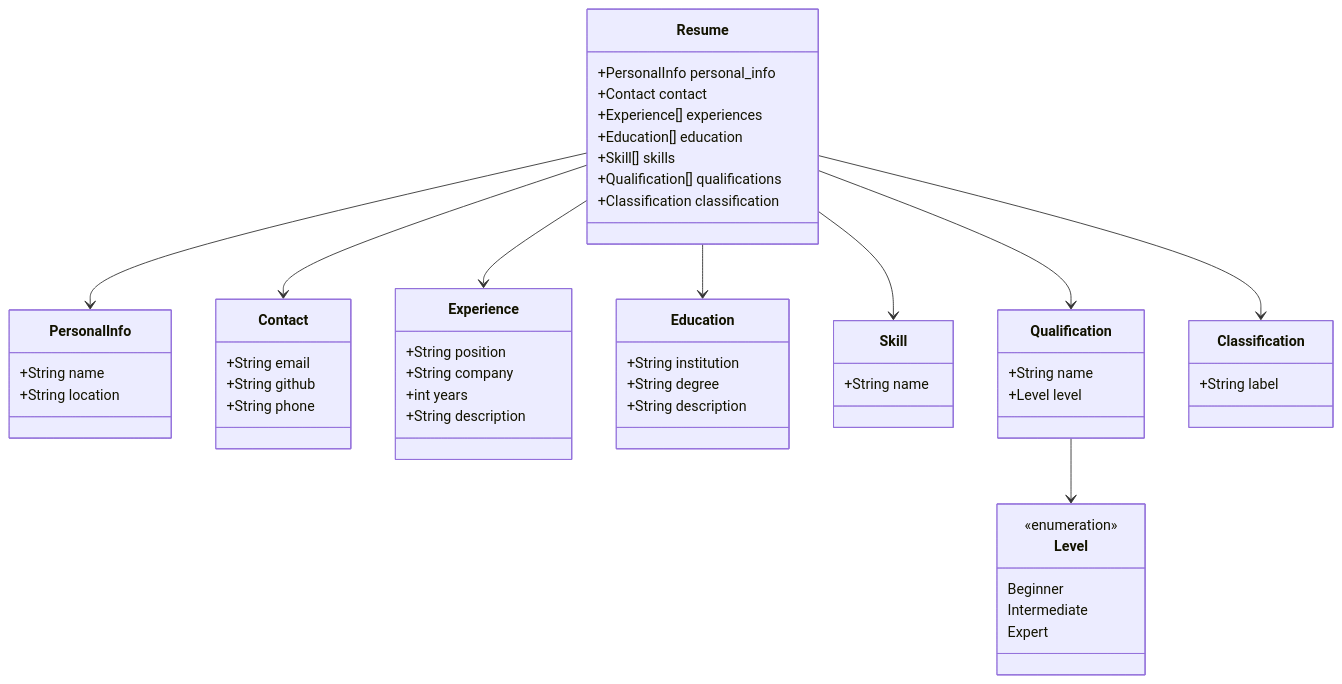
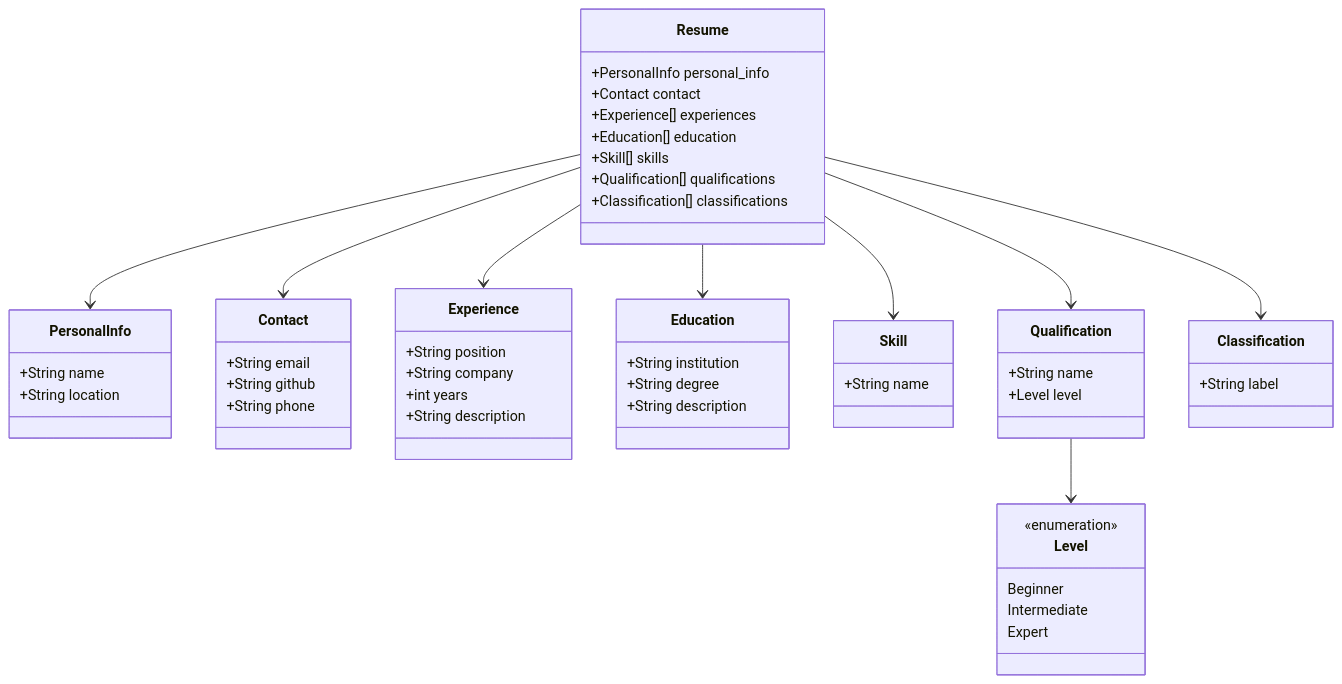
One commit to juanfelipecastroreyes/resumelens-integrativetask1 changed the diagram in docs/metamodel.md. Above: the diagram before and after it, drawn with Mermaid. The commit also changed other lines of this file and 9 other files, not shown here.

````diff
--- a/docs/metamodel.md
+++ b/docs/metamodel.md
@@ -88,65 +88,65 @@
 ```mermaid
 classDiagram
     class Resume {
         +PersonalInfo personal_info
         +Contact contact
         +Experience[] experiences
         +Education[] education
         +Skill[] skills
         +Qualification[] qualifications
-        +Classification classification
+        +Classification[] classifications
     }
 
     class PersonalInfo {
         +String name
         +String location
     }
 
     class Contact {
         +String email
         +String github
         +String phone
     }
 
     class Experience {
         +String position
         +String company
         +int years
         +String description
     }
 
     class Education {
         +String institution
         +String degree
         +String description
     }
 
     class Skill {
         +String name
     }
 
     class Qualification {
         +String name
         +Level level
     }
 
     class Classification {
         +String label
     }
 
     class Level {
         <<enumeration>>
         Beginner
         Intermediate
         Expert
     }
 
     Resume --> PersonalInfo
     Resume --> Contact
     Resume --> Experience
     Resume --> Education
     Resume --> Skill
     Resume --> Qualification
     Resume --> Classification
     Qualification --> Level
 ```
````
